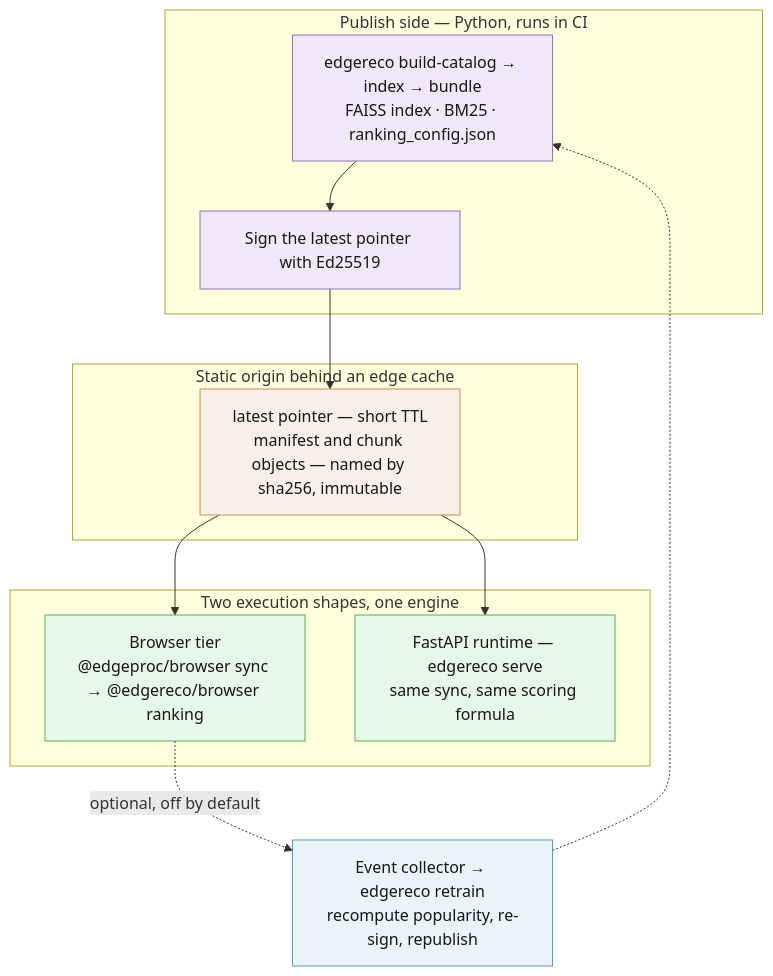
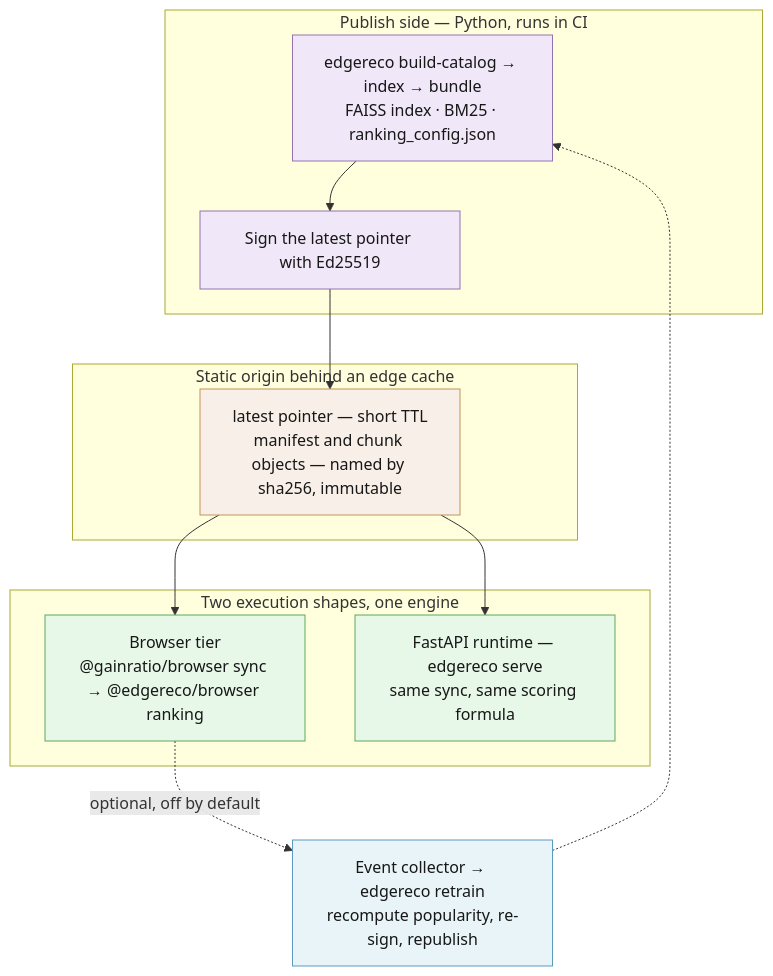
The first of 4 diagrams in docs/ARCHITECTURE.md (gainratio/edge-reco), drawn with Mermaid before and after one commit. The commit also changed other lines of this file and 60 other files, not shown here.

First line of the commit message:
deps: take @gainratio/browser from npm (^0.2.0), track @gainratio/* daily

````diff
--- a/docs/ARCHITECTURE.md
+++ b/docs/ARCHITECTURE.md
@@ -27,31 +27,31 @@
 ```mermaid
 flowchart TB
   subgraph publish["Publish side — Python, runs in CI"]
     build["edgereco build-catalog → index → bundle<br>FAISS index · BM25 · ranking_config.json"]
     sign["Sign the latest pointer with Ed25519"]
   end
 
   subgraph serve["Static origin behind an edge cache"]
     origin["latest pointer — short TTL<br>manifest and chunk objects — named by sha256, immutable"]
   end
 
   subgraph consumers["Two execution shapes, one engine"]
-    browser["Browser tier<br>@edgeproc/browser sync → @edgereco/browser ranking"]
+    browser["Browser tier<br>@gainratio/browser sync → @edgereco/browser ranking"]
     api["FastAPI runtime — edgereco serve<br>same sync, same scoring formula"]
   end
 
   build --> sign --> origin
   origin --> browser
   origin --> api
   browser -.->|"optional, off by default"| events["Event collector → edgereco retrain<br>recompute popularity, re-sign, republish"]
   events -.-> build
 
   classDef pub fill:#f0e8f8,stroke:#9472b0,color:#171717;
   classDef cdn fill:#f8f0e8,stroke:#c2925a,color:#171717;
   classDef local fill:#e8f8e8,stroke:#5fa85f,color:#171717;
   classDef opt fill:#e8f4f8,stroke:#5b9bbf,color:#171717;
   class build,sign pub;
   class origin cdn;
   class browser,api local;
   class events opt;
 ```
````
